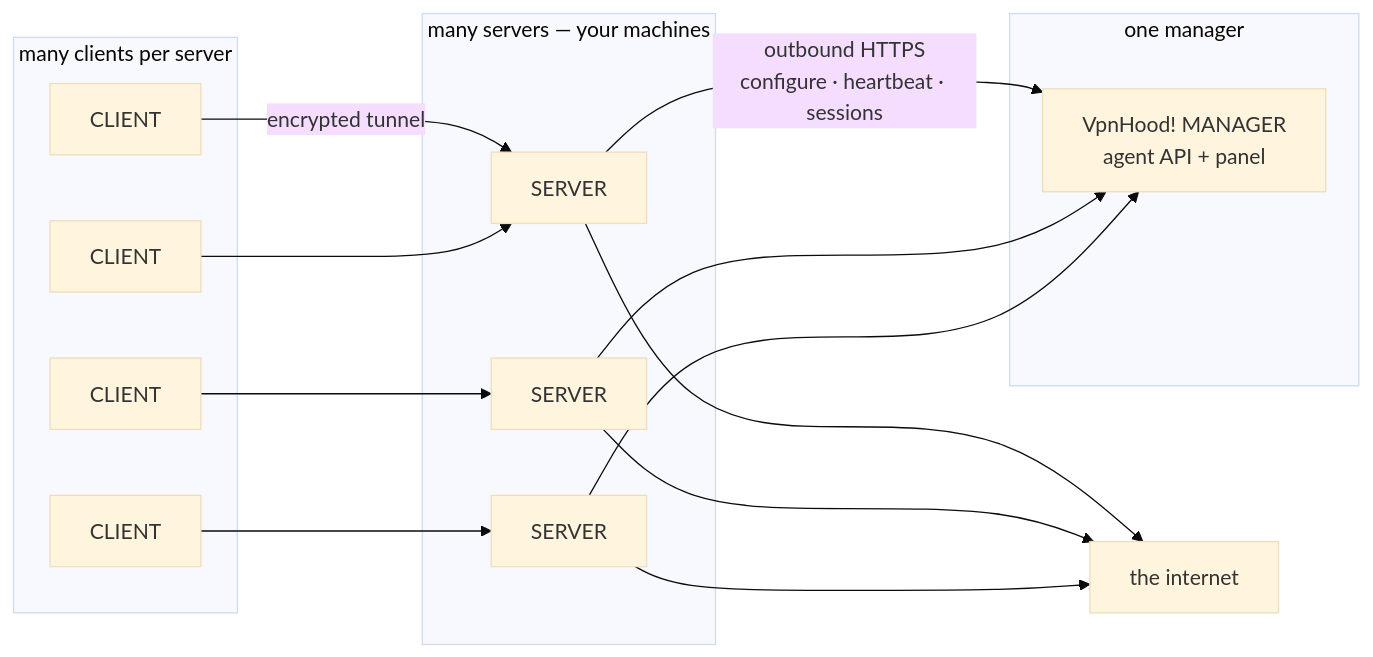
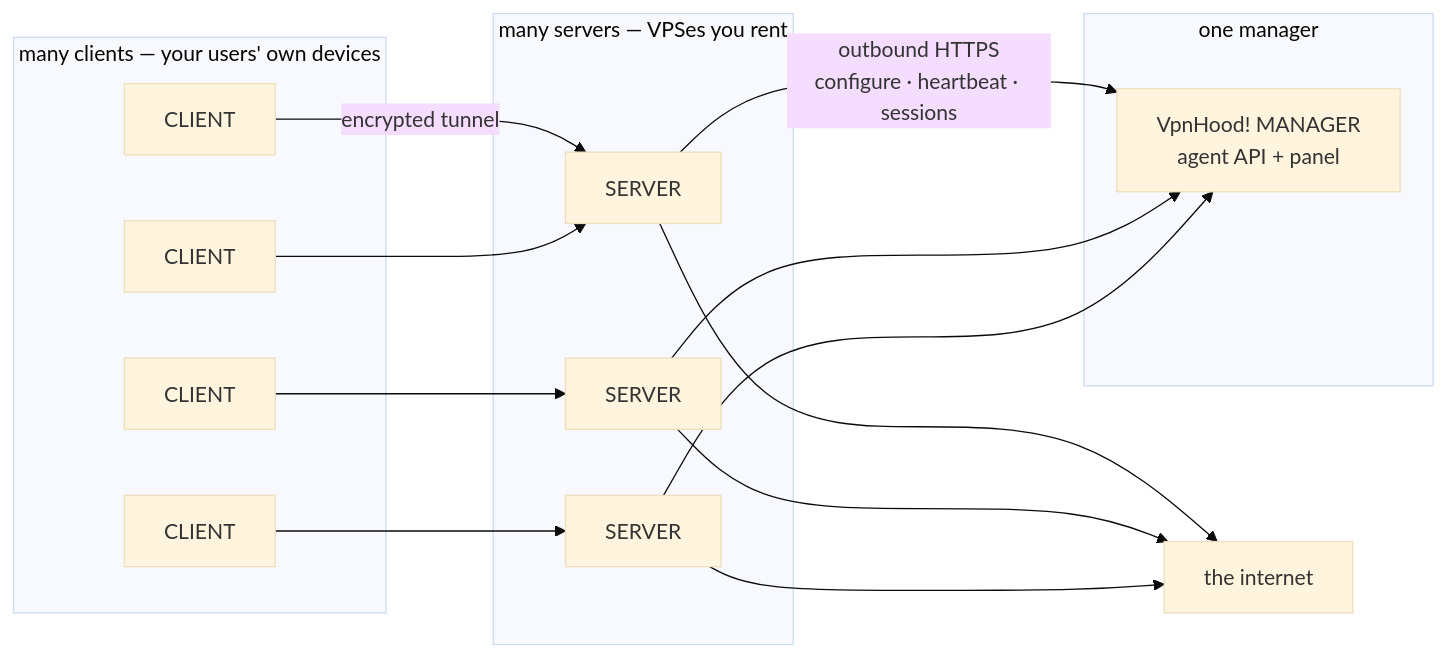
One commit to vpnhood/VpnHood changed the diagram in docs/topology.md. Above: the diagram before and after it, drawn with Mermaid (base theme). The commit also changed other lines of this file and 15 other files, not shown here.

````diff
--- a/docs/topology.md
+++ b/docs/topology.md
@@ -23,32 +23,32 @@
 ```mermaid
 graph LR
     subgraph one["one manager"]
         M["VpnHood! MANAGER<br/>agent API + panel"]
     end
 
-    subgraph many["many servers — your machines"]
+    subgraph many["many servers — VPSes you rent"]
         S1["SERVER"]
         S2["SERVER"]
         S3["SERVER"]
     end
 
-    subgraph clients["many clients per server"]
+    subgraph clients["many clients — your users' own devices"]
         C1["CLIENT"]
         C2["CLIENT"]
         C3["CLIENT"]
         C4["CLIENT"]
     end
 
     S1 -- "outbound HTTPS<br/>configure · heartbeat · sessions" --> M
     S2 --> M
     S3 --> M
 
     C1 -- "encrypted tunnel" --> S1
     C2 --> S1
     C3 --> S2
     C4 --> S3
 
     S1 --> NET["the internet"]
     S2 --> NET
     S3 --> NET
 ```
````
